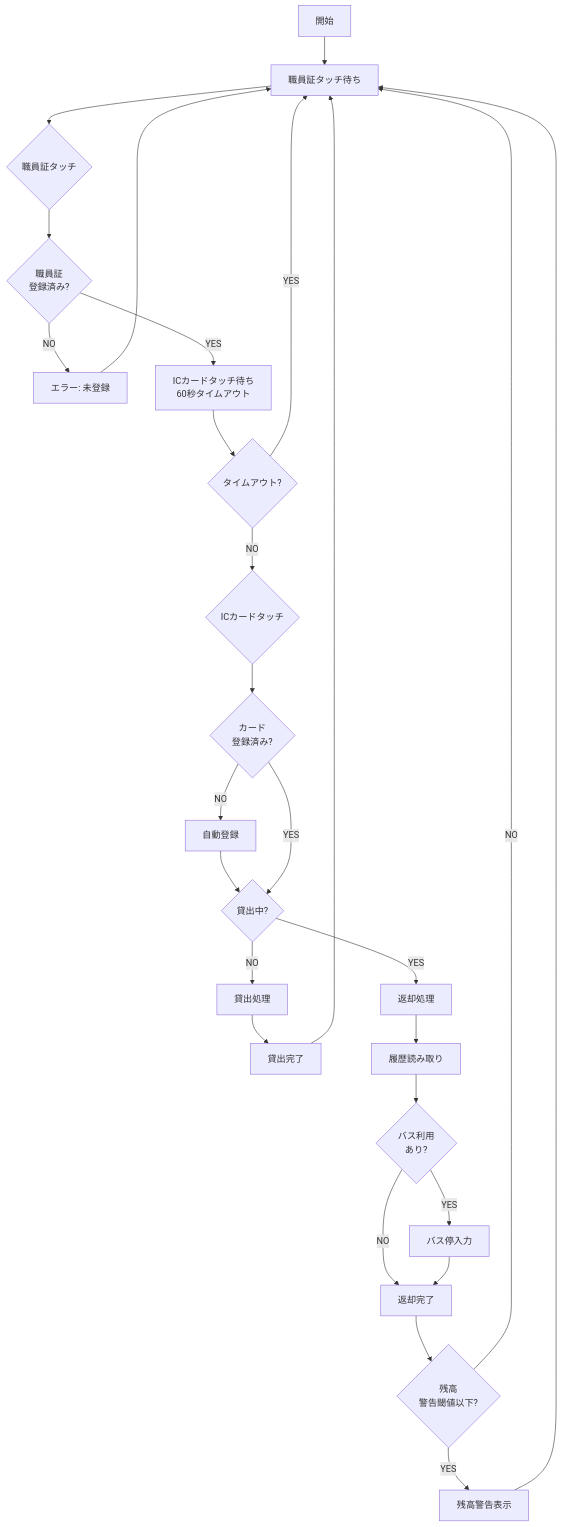
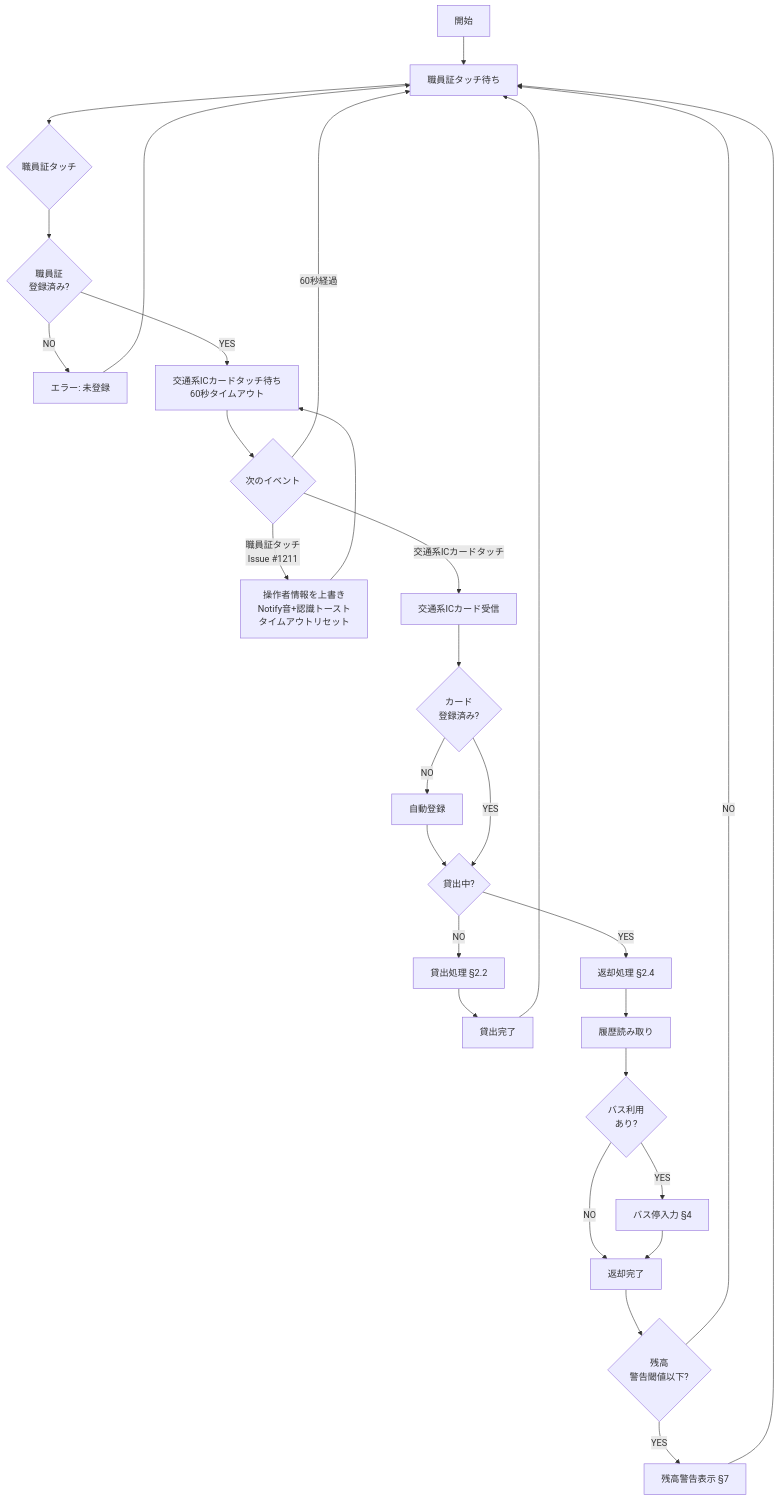
The second of 7 diagrams in ICCardManager/docs/design/04_機能設計書.md (kuwayamamasayuki/ICCardManager), drawn with Mermaid before and after one commit. The commit also changed other lines of this file and 9 other files, not shown here.

````diff
--- a/ICCardManager/docs/design/04_機能設計書.md
+++ b/ICCardManager/docs/design/04_機能設計書.md
@@ -7,35 +82,37 @@
 ```mermaid
 flowchart TD
     START[開始] --> WAIT_STAFF[職員証タッチ待ち]
     WAIT_STAFF --> STAFF_TOUCH{職員証タッチ}
     STAFF_TOUCH --> VALIDATE_STAFF{職員証<br>登録済み?}
     VALIDATE_STAFF -->|NO| ERROR_STAFF[エラー: 未登録]
-    VALIDATE_STAFF -->|YES| WAIT_CARD[ICカードタッチ待ち<br>60秒タイムアウト]
+    VALIDATE_STAFF -->|YES| WAIT_CARD[交通系ICカードタッチ待ち<br>60秒タイムアウト]
 
-    WAIT_CARD --> TIMEOUT{タイムアウト?}
-    TIMEOUT -->|YES| WAIT_STAFF
-    TIMEOUT -->|NO| CARD_TOUCH{ICカードタッチ}
+    WAIT_CARD --> EVT{次のイベント}
+    EVT -->|職員証タッチ<br>Issue #1211| OVERWRITE[操作者情報を上書き<br>Notify音+認識トースト<br>タイムアウトリセット]
+    OVERWRITE --> WAIT_CARD
+    EVT -->|60秒経過| WAIT_STAFF
+    EVT -->|交通系ICカードタッチ| CARD_TOUCH[交通系ICカード受信]
 
     CARD_TOUCH --> CHECK_CARD{カード<br>登録済み?}
     CHECK_CARD -->|NO| AUTO_REGISTER[自動登録]
     AUTO_REGISTER --> CHECK_LENT
     CHECK_CARD -->|YES| CHECK_LENT{貸出中?}
 
-    CHECK_LENT -->|NO| LEND[貸出処理]
-    CHECK_LENT -->|YES| RETURN[返却処理]
+    CHECK_LENT -->|NO| LEND[貸出処理 §2.2]
+    CHECK_LENT -->|YES| RETURN[返却処理 §2.4]
 
     LEND --> LEND_SUCCESS[貸出完了]
     RETURN --> READ_HISTORY[履歴読み取り]
     READ_HISTORY --> CHECK_BUS{バス利用<br>あり?}
-    CHECK_BUS -->|YES| INPUT_BUS[バス停入力]
+    CHECK_BUS -->|YES| INPUT_BUS[バス停入力 §4]
     CHECK_BUS -->|NO| RETURN_SUCCESS[返却完了]
     INPUT_BUS --> RETURN_SUCCESS
 
     LEND_SUCCESS --> WAIT_STAFF
     RETURN_SUCCESS --> CHECK_BALANCE{残高<br>警告閾値以下?}
-    CHECK_BALANCE -->|YES| SHOW_WARNING[残高警告表示]
+    CHECK_BALANCE -->|YES| SHOW_WARNING[残高警告表示 §7]
     CHECK_BALANCE -->|NO| WAIT_STAFF
     SHOW_WARNING --> WAIT_STAFF
 
     ERROR_STAFF --> WAIT_STAFF
 ```
````
